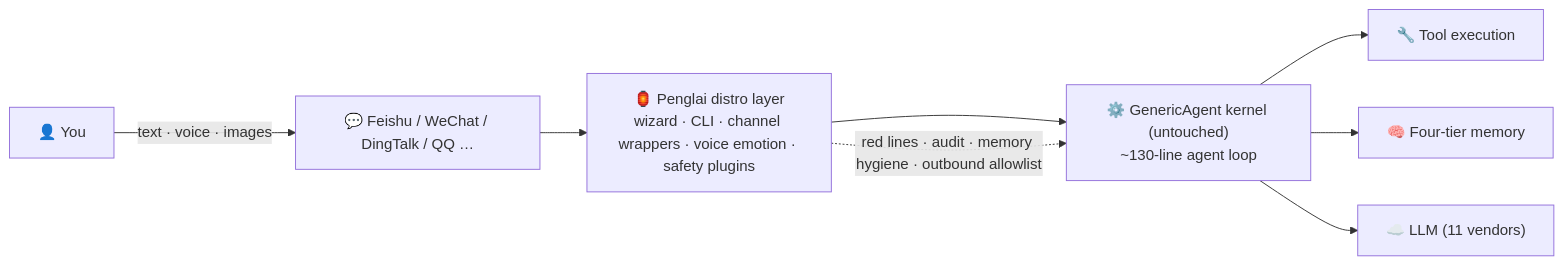
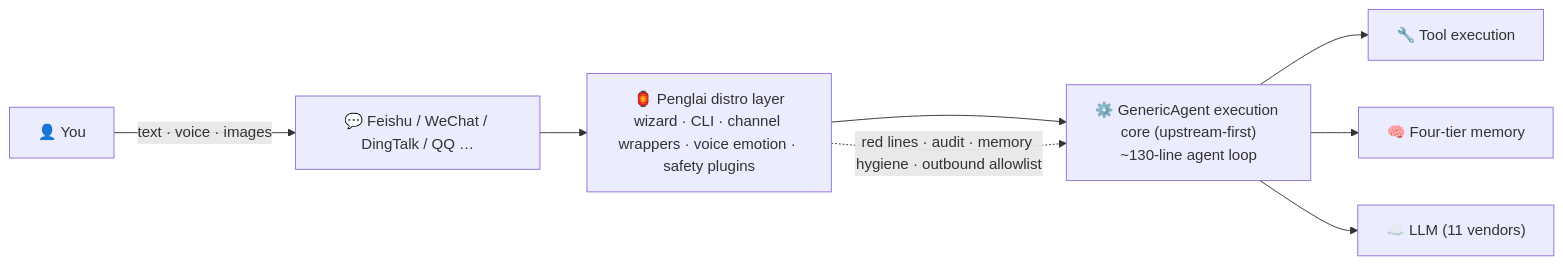
Before and after one commit to kevinchennewbee/PenglaiAgent: the diagram in README_EN.md, drawn with Mermaid. The commit also changed other lines of this file and 10 other files, not shown here.

````diff
--- a/README_EN.md
+++ b/README_EN.md
@@ -204,10 +204,10 @@
 ```mermaid
 flowchart LR
     U["👤 You"] -->|"text · voice · images"| IM["💬 Feishu / WeChat / DingTalk / QQ …"]
     IM --> P["🏮 Penglai distro layer<br/>wizard · CLI · channel wrappers · voice emotion · safety plugins"]
-    P --> K["⚙️ GenericAgent kernel (untouched)<br/>~130-line agent loop"]
+    P --> K["⚙️ GenericAgent execution core (upstream-first)<br/>~130-line agent loop"]
     K --> T["🔧 Tool execution"]
     K --> M["🧠 Four-tier memory"]
     K --> L["☁️ LLM (11 vendors)"]
     P -. "red lines · audit · memory hygiene · outbound allowlist" .-> K
 ```
````
